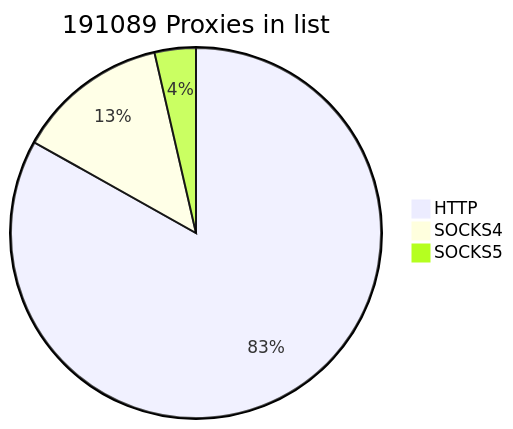
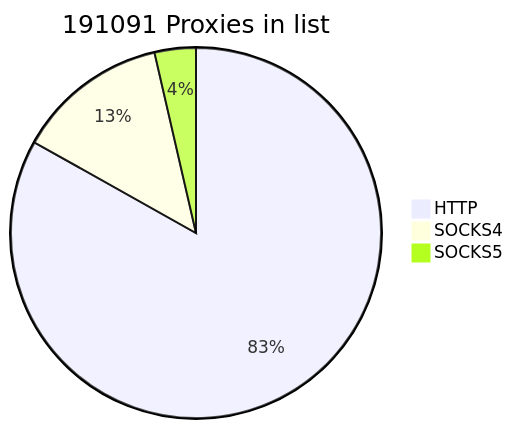
One commit to cutipu/proxylist changed the first of 2 diagrams in README.md. Above: the diagram before and after it, drawn with Mermaid. The commit also changed other lines of this file, not shown here.

````diff
--- a/README.md
+++ b/README.md
@@ -2,7 +2,7 @@
 ```mermaid
-pie title 191089 Proxies in list
-    "HTTP" : 158860
+pie title 191091 Proxies in list
+    "HTTP" : 158862
     "SOCKS4" : 25347
     "SOCKS5" : 6882
             
 ```
````
